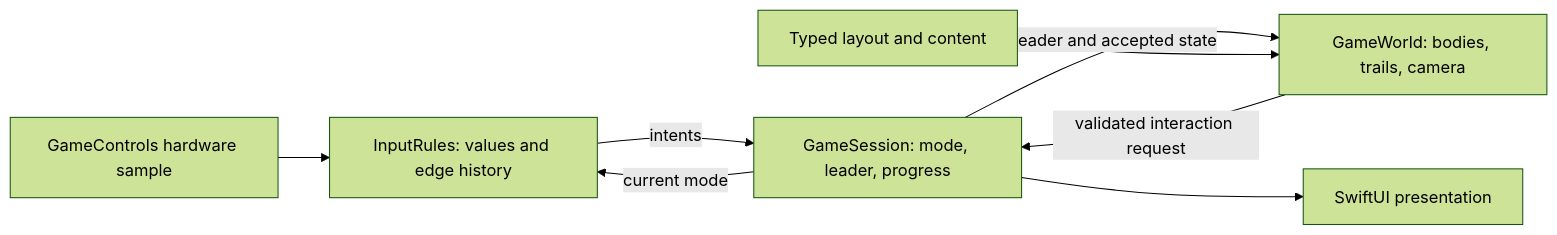
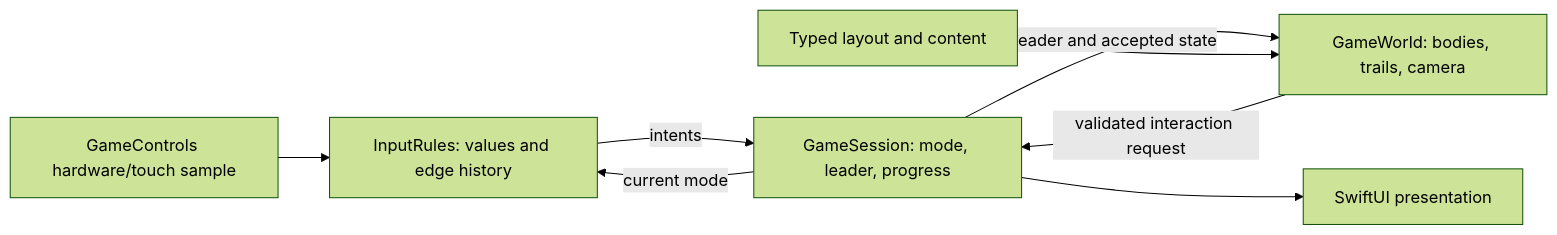
One commit to RonildoBraga/lauder changed the diagram in docs/architecture.md. Above: the diagram before and after it, drawn with Mermaid (forest theme). The commit also changed other lines of this file and 14 other files, not shown here.

Commit message:
Add optional touch controls for party gameplay

````diff
--- a/docs/architecture.md
+++ b/docs/architecture.md
@@ -58,10 +58,10 @@
 ```mermaid
 flowchart LR
-    H[GameControls hardware sample] --> R[InputRules: values and edge history]
+    H[GameControls hardware/touch sample] --> R[InputRules: values and edge history]
     S[GameSession: mode, leader, progress] -->|current mode| R
     R -->|intents| S
     W[GameWorld: bodies, trails, camera] -->|validated interaction request| S
     S -->|leader and accepted state| W
     S --> U[SwiftUI presentation]
     C[Typed layout and content] --> W
 ```
````
